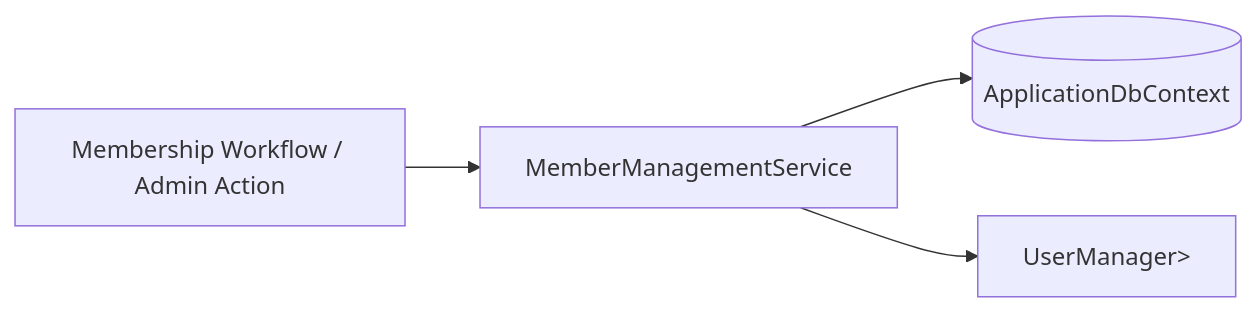
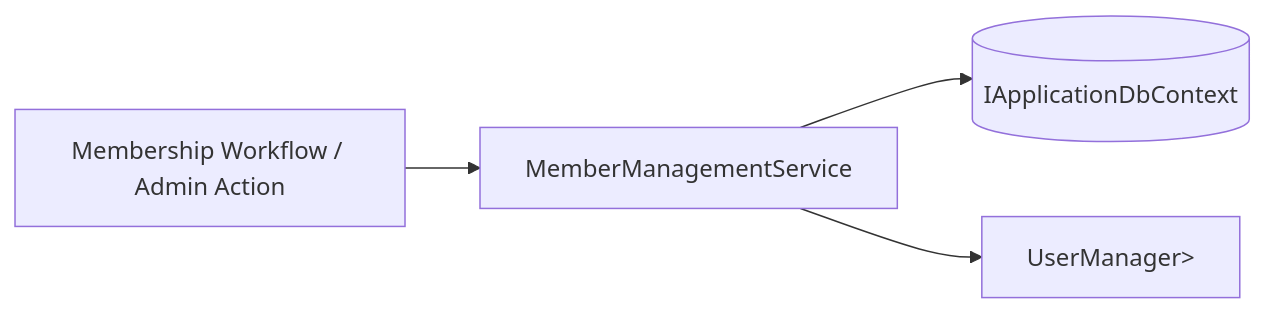
One commit to alwon1/ClubBaist-test changed the diagram in docs/10-domain-membership-applications/07-services/member-management-service.md. Above: the diagram before and after it, drawn with Mermaid. The commit also changed other lines of this file and 3 other files, not shown here.

Commit message:
Refactor data access layer to use IApplicationDbContext interface for better abstraction and testability

````diff
--- a/docs/10-domain-membership-applications/07-services/member-management-service.md
+++ b/docs/10-domain-membership-applications/07-services/member-management-service.md
@@ -50,6 +55,6 @@
 ```mermaid
 flowchart LR
   Caller[Membership Workflow / Admin Action] --> MMS[MemberManagementService]
-  MMS --> DB[(ApplicationDbContext)]
+  MMS --> DB[(IApplicationDbContext)]
   MMS --> UM[UserManager<ApplicationUser<TKey>>]
 ```
````
